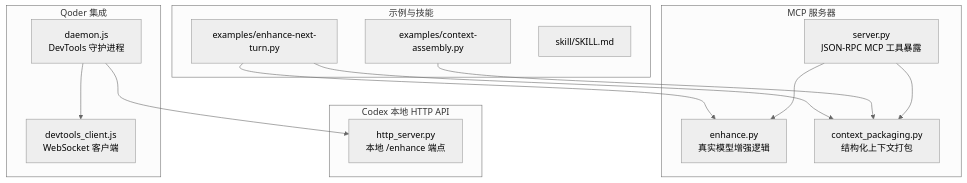
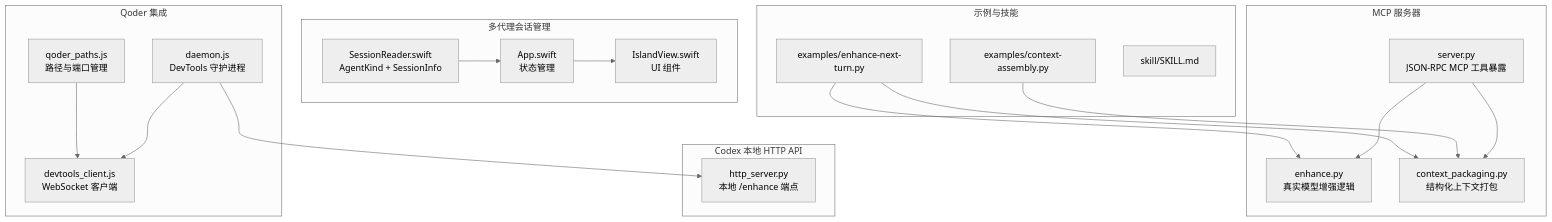
Before and after one commit to WyRainBow/PromptCocoPilot: the first of 10 diagrams in .qoder/repowiki/zh/content/集成指南/集成指南.md, drawn with Mermaid (neutral theme). The commit also changed other lines of this file and 134 other files, not shown here.

````diff
--- a/.qoder/repowiki/zh/content/集成指南/集成指南.md
+++ b/.qoder/repowiki/zh/content/集成指南/集成指南.md
@@ -51,27 +68,36 @@
 ```mermaid
 graph TB
 subgraph "MCP 服务器"
 S["server.py<br/>JSON-RPC MCP 工具暴露"]
 E["enhance.py<br/>真实模型增强逻辑"]
 C["context_packaging.py<br/>结构化上下文打包"]
 end
+subgraph "多代理会话管理"
+SR["SessionReader.swift<br/>AgentKind + SessionInfo"]
+APP["App.swift<br/>状态管理"]
+IV["IslandView.swift<br/>UI 组件"]
+end
 subgraph "Codex 本地 HTTP API"
 H["http_server.py<br/>本地 /enhance 端点"]
 end
 subgraph "Qoder 集成"
 D["daemon.js<br/>DevTools 守护进程"]
 DC["devtools_client.js<br/>WebSocket 客户端"]
+QP["qoder_paths.js<br/>路径与端口管理"]
 end
 subgraph "示例与技能"
 X1["examples/context-assembly.py"]
 X2["examples/enhance-next-turn.py"]
 SK["skill/SKILL.md"]
 end
 S --> E
 S --> C
+SR --> APP
+APP --> IV
 D --> DC
 D --> H
+QP --> DC
 X1 --> C
 X2 --> C
 X2 --> E
 ```
````
